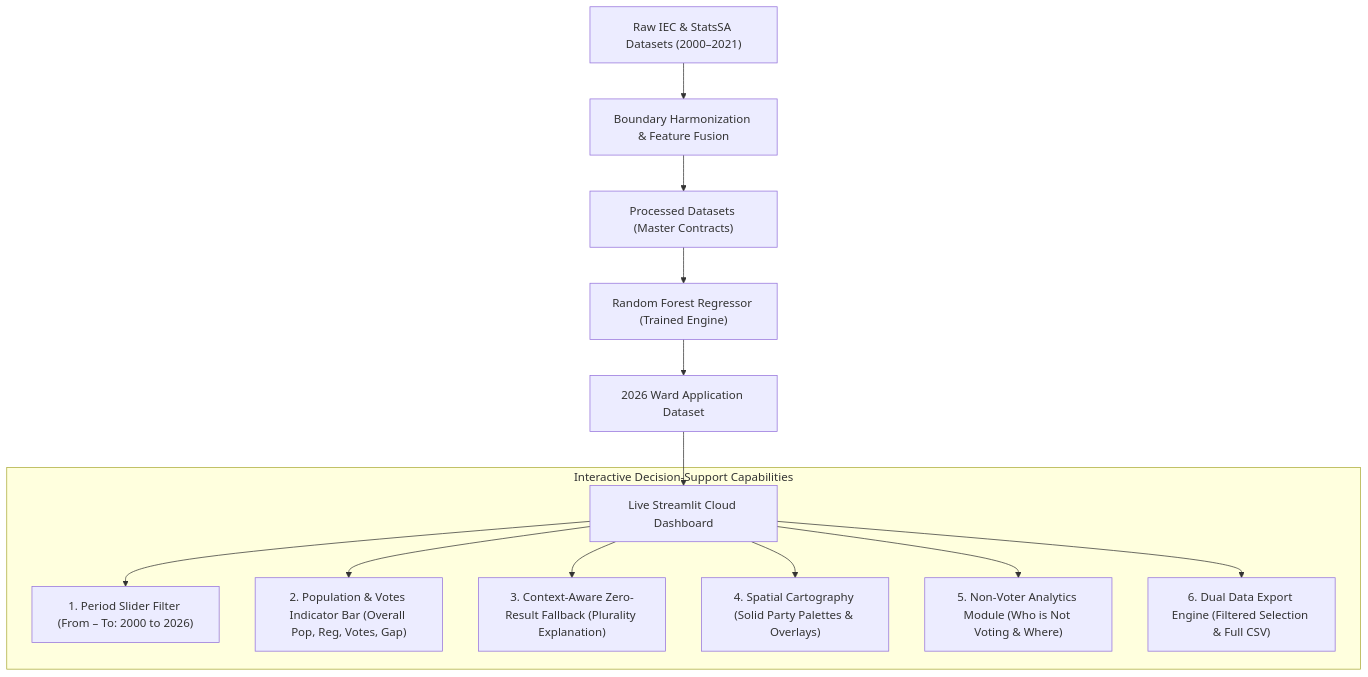
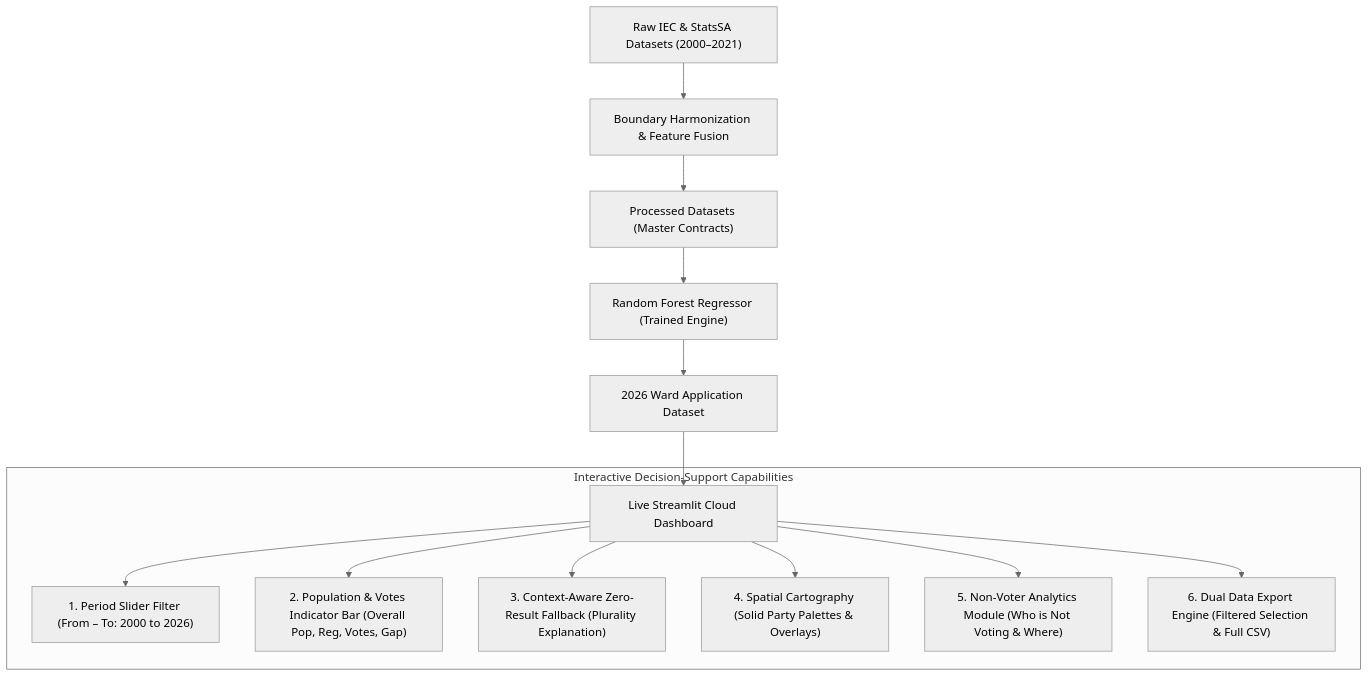
The diagram in Technical Document Specification/README.md (SiyaJNdzobs/SPU-TEAM-DIRISA), drawn with Mermaid before and after one commit. The commit also changed other lines of this file, not shown here.

````diff
--- a/Technical Document Specification/README.md
+++ b/Technical Document Specification/README.md
@@ -101,17 +120,18 @@
 ```mermaid
+%%{init: {'theme': 'neutral'}}%%
 flowchart TD
     A["Raw IEC & StatsSA Datasets (2000–2021)"] --> B["Boundary Harmonization & Feature Fusion"]
     B --> C["Processed Datasets (Master Contracts)"]
     C --> D["Random Forest Regressor (Trained Engine)"]
     D --> E["2026 Ward Application Dataset"]
     E --> F["Live Streamlit Cloud Dashboard"]
-    
+
     subgraph DashboardEngine ["Interactive Decision-Support Capabilities"]
         F --> G["1. Period Slider Filter (From – To: 2000 to 2026)"]
         F --> H["2. Population & Votes Indicator Bar (Overall Pop, Reg, Votes, Gap)"]
         F --> I["3. Context-Aware Zero-Result Fallback (Plurality Explanation)"]
         F --> J["4. Spatial Cartography (Solid Party Palettes & Overlays)"]
         F --> K["5. Non-Voter Analytics Module (Who is Not Voting & Where)"]
         F --> L["6. Dual Data Export Engine (Filtered Selection & Full CSV)"]
     end
 ```
````
